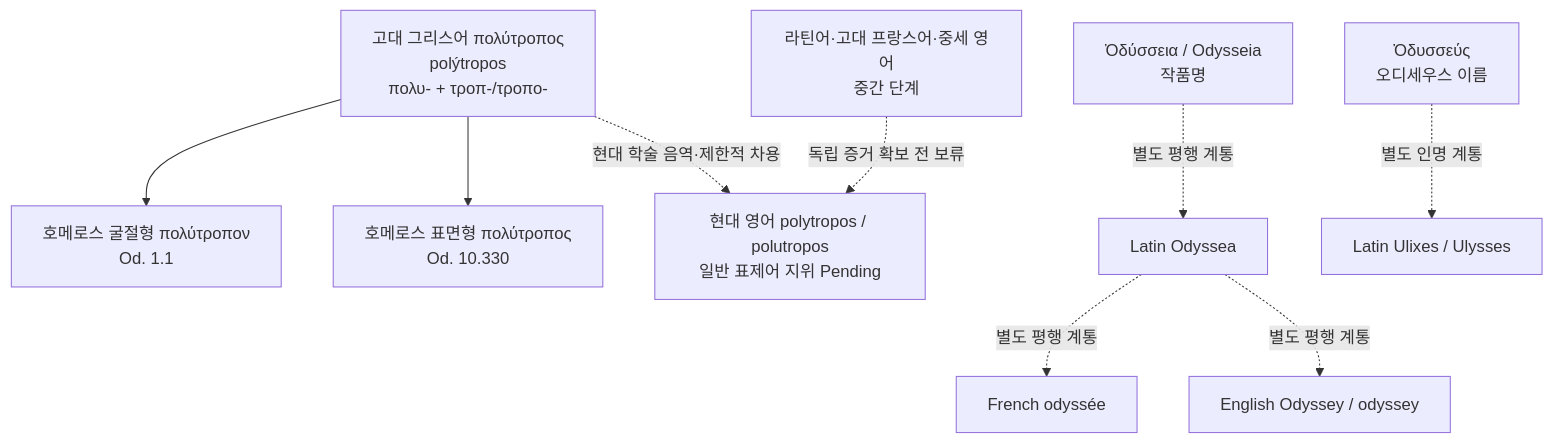
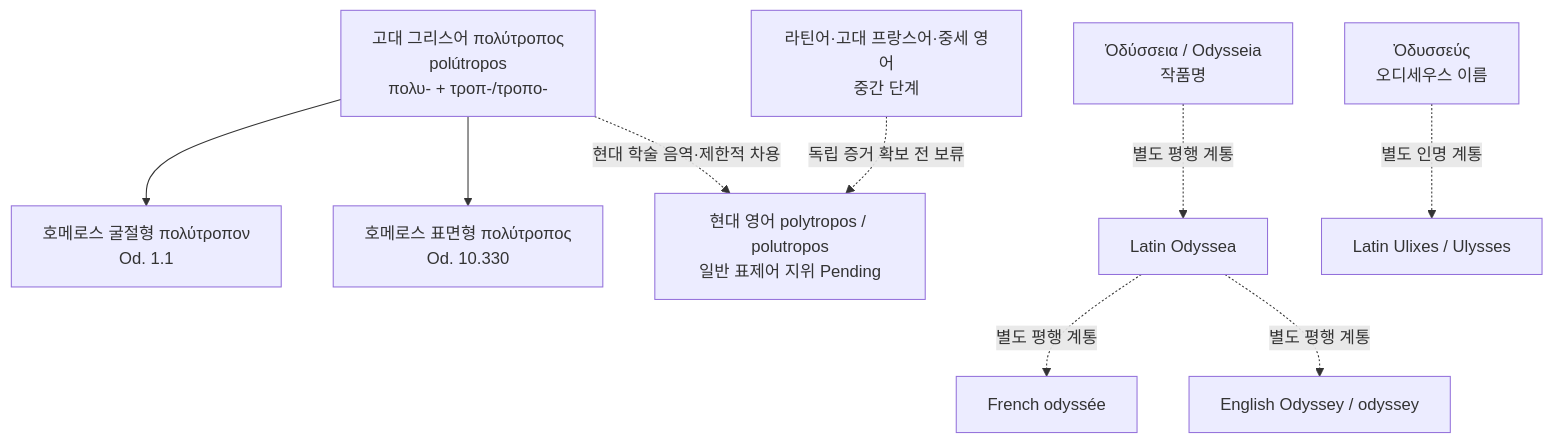
One commit to YgHnSIM/Homer_wiki changed the diagram in words/word-polytropos.md. Above: the diagram before and after it, drawn with Mermaid. The commit also changed other lines of this file and 39 other files, not shown here.

````diff
--- a/words/word-polytropos.md
+++ b/words/word-polytropos.md
@@ -29,11 +37,11 @@
 ```mermaid
 graph TD
-    GRK["고대 그리스어 πολύτροπος<br/>polýtropos<br/>πολυ- + τροπ-/τροπο-"] --> H1["호메로스 굴절형 πολύτροπον<br/>Od. 1.1"]
+    GRK["고대 그리스어 πολύτροπος<br/>polútropos<br/>πολυ- + τροπ-/τροπο-"] --> H1["호메로스 굴절형 πολύτροπον<br/>Od. 1.1"]
     GRK --> H2["호메로스 표면형 πολύτροπος<br/>Od. 10.330"]
     GRK -. "현대 학술 음역·제한적 차용" .-> ENG["현대 영어 polytropos / polutropos<br/>일반 표제어 지위 Pending"]
     MID["라틴어·고대 프랑스어·중세 영어<br/>중간 단계"] -. "독립 증거 확보 전 보류" .-> ENG
     ODY["Ὀδύσσεια / Odysseia<br/>작품명"] -. "별도 평행 계통" .-> LAT["Latin Odyssea"]
     LAT -. "별도 평행 계통" .-> FR["French odyssée"]
     LAT -. "별도 평행 계통" .-> ODYENG["English Odyssey / odyssey"]
     NAME["Ὀδυσσεύς<br/>오디세우스 이름"] -. "별도 인명 계통" .-> ULI["Latin Ulixes / Ulysses"]
 ```
````
